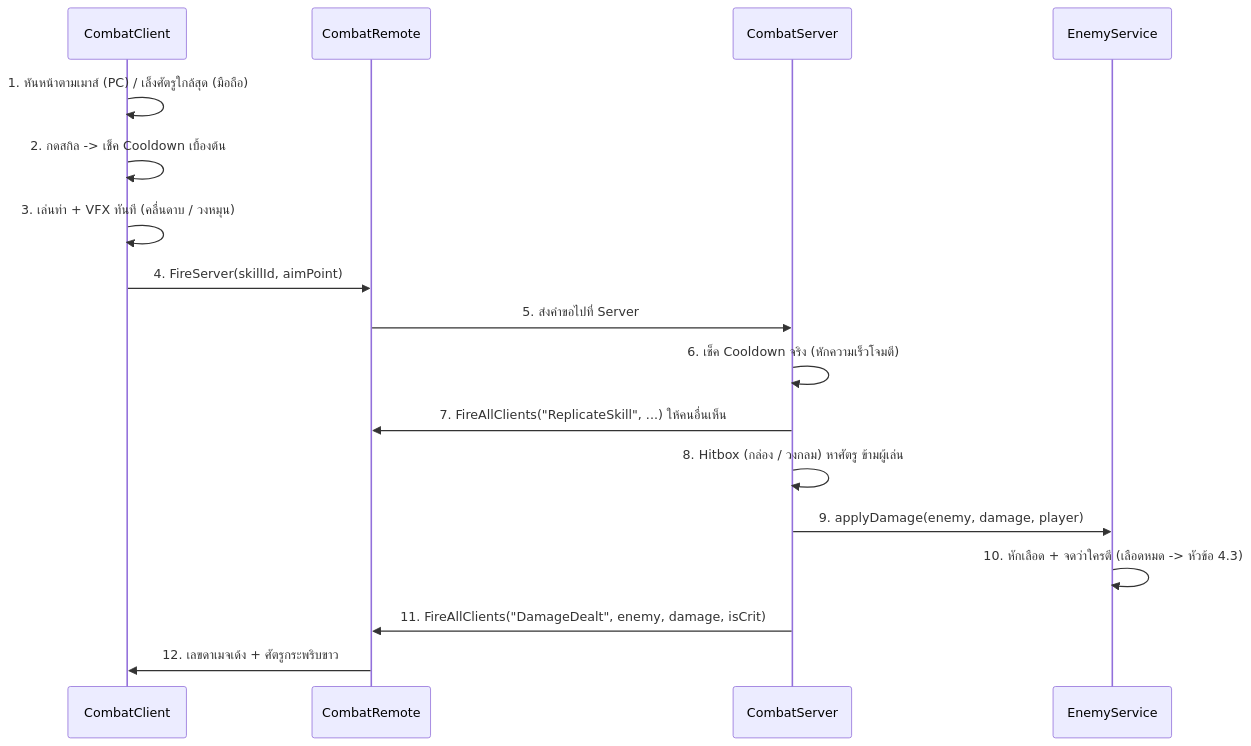
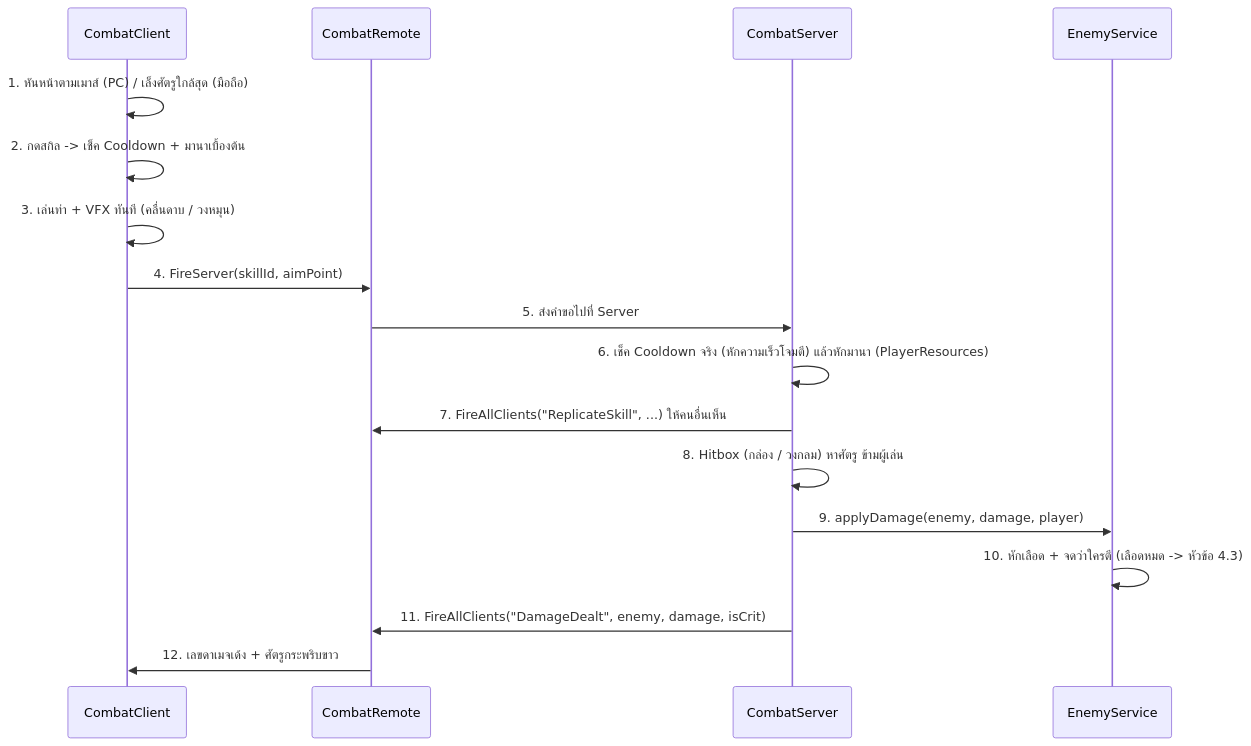
The first of 2 diagrams in ARCHITECTURE.md (Weerapap3006/POE-ROBLOX), drawn with Mermaid before and after one commit. The commit also changed other lines of this file and 16 other files, not shown here.

````diff
--- a/ARCHITECTURE.md
+++ b/ARCHITECTURE.md
@@ -281,20 +313,20 @@
 ```mermaid
 sequenceDiagram
     participant C as CombatClient
     participant R as CombatRemote
     participant S as CombatServer
     participant E as EnemyService
 
     C->>C: 1. หันหน้าตามเมาส์ (PC) / เล็งศัตรูใกล้สุด (มือถือ)
-    C->>C: 2. กดสกิล -> เช็ค Cooldown เบื้องต้น
+    C->>C: 2. กดสกิล -> เช็ค Cooldown + มานาเบื้องต้น
     C->>C: 3. เล่นท่า + VFX ทันที (คลื่นดาบ / วงหมุน)
     C->>R: 4. FireServer(skillId, aimPoint)
     R->>S: 5. ส่งคำขอไปที่ Server
-    S->>S: 6. เช็ค Cooldown จริง (หักความเร็วโจมตี)
+    S->>S: 6. เช็ค Cooldown จริง (หักความเร็วโจมตี) แล้วหักมานา (PlayerResources)
     S->>R: 7. FireAllClients("ReplicateSkill", ...) ให้คนอื่นเห็น
     S->>S: 8. Hitbox (กล่อง / วงกลม) หาศัตรู ข้ามผู้เล่น
     S->>E: 9. applyDamage(enemy, damage, player)
     E->>E: 10. หักเลือด + จดว่าใครตี (เลือดหมด -> หัวข้อ 4.3)
     S->>R: 11. FireAllClients("DamageDealt", enemy, damage, isCrit)
     R->>C: 12. เลขดาเมจเด้ง + ศัตรูกระพริบขาว
 ```
````
